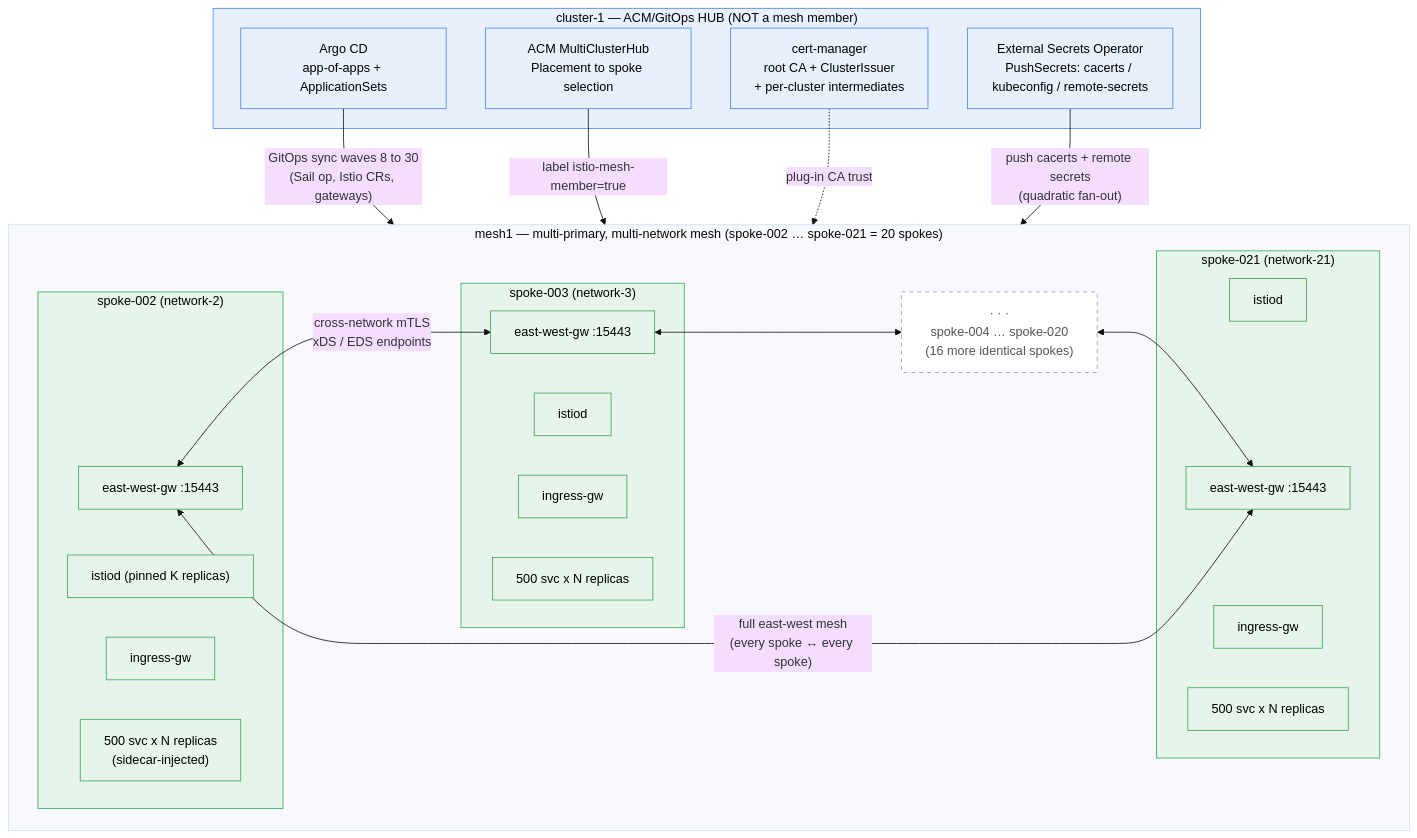
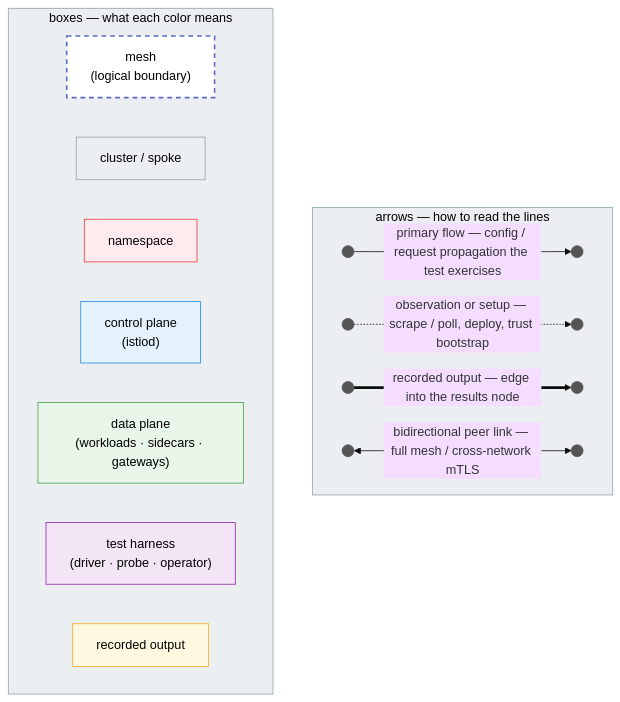
Before and after one commit to shpwrck/istio-scale-tests: the first of 2 diagrams in docs/scale-test-campaign/architecture.md, drawn with Mermaid (base theme). The commit also changed other lines of this file and 5 other files, not shown here.

First line of the commit message:
docs(campaign): embed per-suite + topology diagrams in READMEs

````diff
--- a/docs/scale-test-campaign/architecture.md
+++ b/docs/scale-test-campaign/architecture.md
@@ -20,49 +26,38 @@
 ```mermaid
 graph TB
-    subgraph HUB["cluster-1 — ACM/GitOps HUB (NOT a mesh member)"]
-        ARGO["Argo CD<br/>app-of-apps + ApplicationSets"]
-        ACM["ACM MultiClusterHub<br/>Placement to spoke selection"]
-        CA["cert-manager<br/>root CA + ClusterIssuer<br/>+ per-cluster intermediates"]
-        ESO["External Secrets Operator<br/>PushSecrets: cacerts / kubeconfig / remote-secrets"]
+    subgraph ARROWS["arrows — how to read the lines"]
+        direction LR
+        a1(( )) -->|"primary flow — config / request propagation the test exercises"| a2(( ))
+        b1(( )) -.->|"observation or setup — scrape / poll, deploy, trust bootstrap"| b2(( ))
+        c1(( )) ==>|"recorded output — edge into the results node"| c2(( ))
+        d1(( )) <-->|"bidirectional peer link — full mesh / cross-network mTLS"| d2(( ))
     end
 
-    subgraph MESH["mesh1 — multi-primary, multi-network mesh (spoke-002 … spoke-021 = 20 spokes)"]
+    subgraph BOXES["boxes — what each color means"]
         direction LR
-        subgraph S1["spoke-002 (network-2)"]
-            D1["istiod (pinned K replicas)"]
-            EW1["east-west-gw :15443"]
-            IN1["ingress-gw"]
-            W1["500 svc x N replicas<br/>(sidecar-injected)"]
-        end
-        subgraph S2["spoke-003 (network-3)"]
-            D2["istiod"]
-            EW2["east-west-gw :15443"]
-            IN2["ingress-gw"]
-            W2["500 svc x N replicas"]
-        end
-        DOTS["· · ·<br/>spoke-004 … spoke-020<br/>(16 more identical spokes)"]
-        subgraph SN["spoke-021 (network-21)"]
-            DN["istiod"]
-            EWN["east-west-gw :15443"]
-            INN["ingress-gw"]
-            WN["500 svc x N replicas"]
-        end
+        k0["mesh<br/>(logical boundary)"]
+        k1["cluster / spoke"]
+        k2["namespace"]
+        k3["control plane<br/>(istiod)"]
+        k4["data plane<br/>(workloads · sidecars · gateways)"]
+        k5["test harness<br/>(driver · probe · operator)"]
+        k6["recorded output"]
     end
 
-    ARGO -->|"GitOps sync waves 8 to 30<br/>(Sail op, Istio CRs, gateways)"| MESH
-    ACM -->|"label istio-mesh-member=true"| MESH
-    CA -.->|"plug-in CA trust"| MESH
-    ESO -->|"push cacerts + remote secrets<br/>(quadratic fan-out)"| MESH
-
-    EW1 <-->|"cross-network mTLS<br/>xDS / EDS endpoints"| EW2
-    EW2 <--> DOTS
-    DOTS <--> EWN
-    EW1 <-->|"full east-west mesh<br/>(every spoke ↔ every spoke)"| EWN
-
-    classDef hub fill:#e8f0fe,stroke:#4285f4,color:#000;
-    classDef spoke fill:#e6f4ea,stroke:#34a853,color:#000;
-    classDef dots fill:#fff,stroke:#999,stroke-dasharray:5 5,color:#555;
-    class HUB,ARGO,ACM,CA,ESO hub;
-    class S1,S2,SN,D1,D2,DN,EW1,EW2,EWN,IN1,IN2,INN,W1,W2,WN spoke;
-    class DOTS dots;
+    classDef mesh fill:#ffffff,stroke:#5c6bc0,stroke-width:2px,stroke-dasharray:6 5,color:#000;
+    classDef cluster fill:#eceff1,stroke:#90a4ae,color:#000;
+    classDef namespace fill:#ffebee,stroke:#e53935,color:#000;
+    classDef controlplane fill:#e3f2fd,stroke:#1e88e5,color:#000;
+    classDef dataplane fill:#e8f5e9,stroke:#43a047,color:#000;
+    classDef harness fill:#f3e5f5,stroke:#8e24aa,color:#000;
+    classDef output fill:#fff8e1,stroke:#f9a825,color:#000;
+    classDef dot fill:#555,stroke:#555,color:#fff;
+    class a1,a2,b1,b2,c1,c2,d1,d2 dot;
+    class k0 mesh;
+    class k1 cluster;
+    class k2 namespace;
+    class k3 controlplane;
+    class k4 dataplane;
+    class k5 harness;
+    class k6 output;
 ```
````
